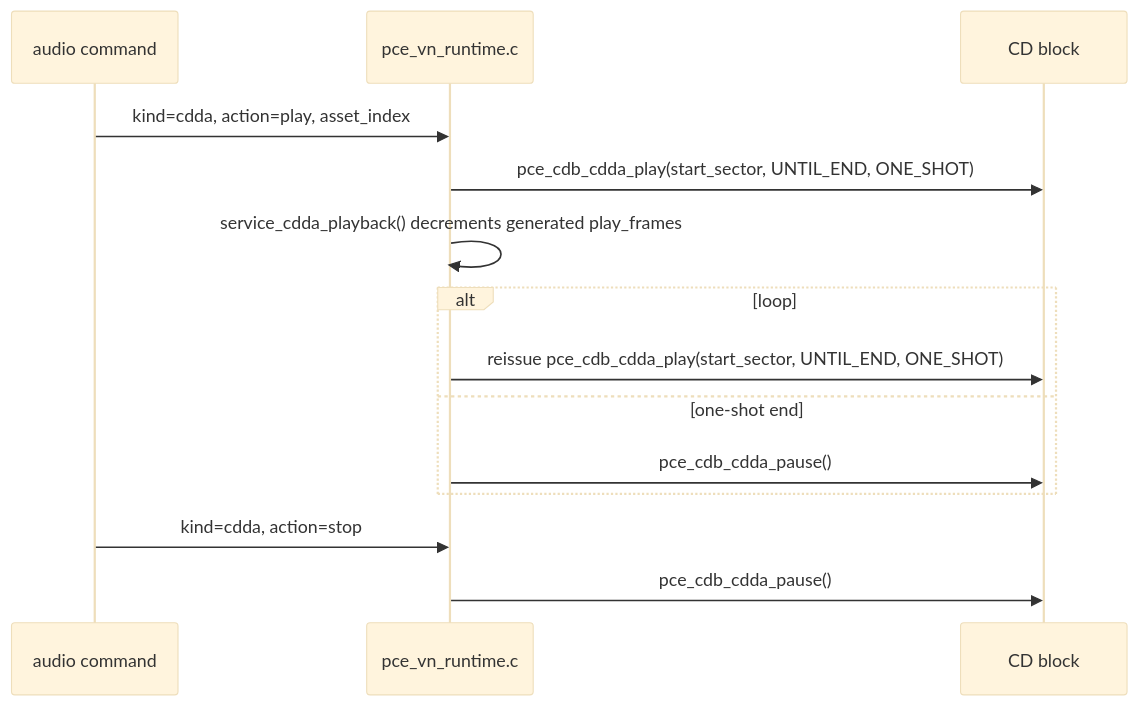
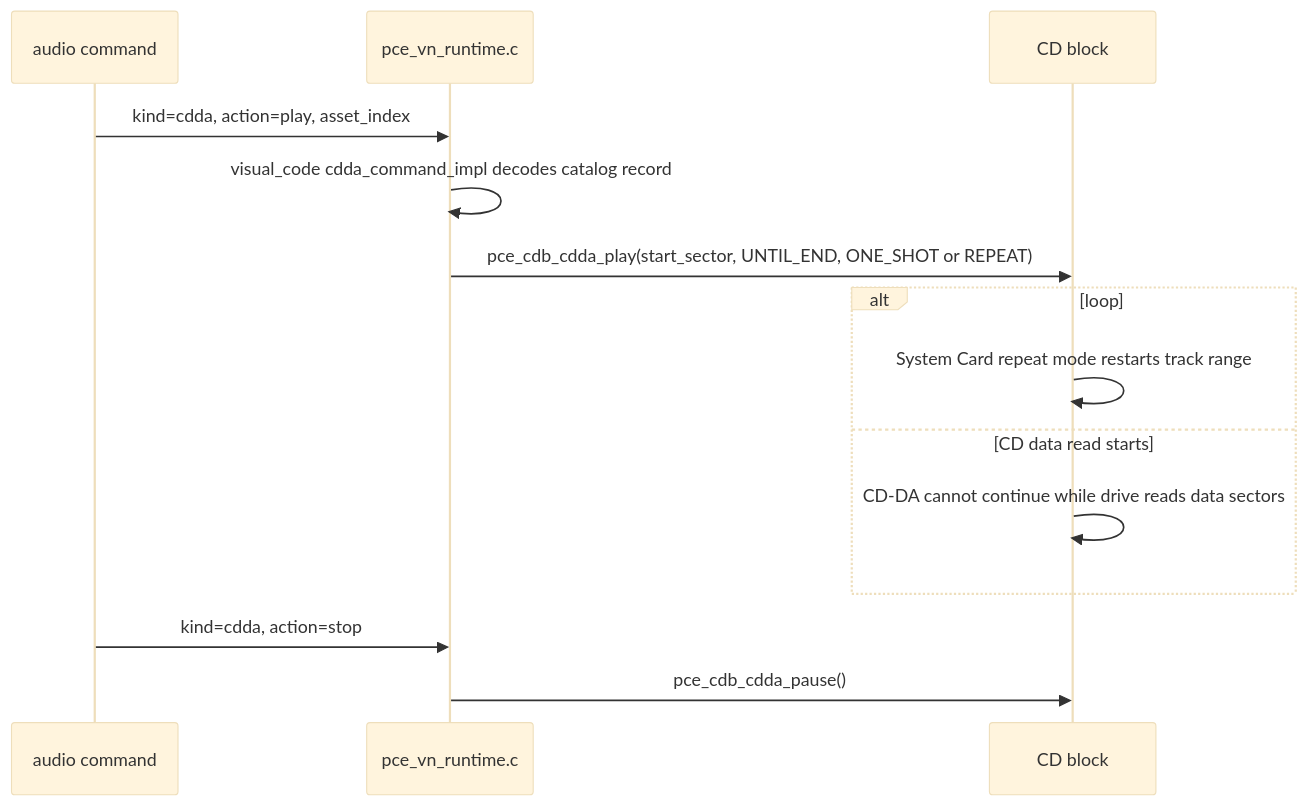
Before and after one commit to HOSSIE-JP/pce-game-editor: the sixth of 6 diagrams in docs/pce-media-programming-guide.md, drawn with Mermaid (base theme). The commit also changed other lines of this file and 31 other files, not shown here.

````diff
--- a/docs/pce-media-programming-guide.md
+++ b/docs/pce-media-programming-guide.md
@@ -741,16 +734,16 @@
 ```mermaid
 sequenceDiagram
   participant Scene as audio command
   participant RT as pce_vn_runtime.c
   participant CDB as CD block
   Scene->>RT: kind=cdda, action=play, asset_index
-  RT->>CDB: pce_cdb_cdda_play(start_sector, UNTIL_END, ONE_SHOT)
-  RT->>RT: service_cdda_playback() decrements generated play_frames
+  RT->>RT: visual_code cdda_command_impl decodes catalog record
+  RT->>CDB: pce_cdb_cdda_play(start_sector, UNTIL_END, ONE_SHOT or REPEAT)
   alt loop
-    RT->>CDB: reissue pce_cdb_cdda_play(start_sector, UNTIL_END, ONE_SHOT)
-  else one-shot end
-    RT->>CDB: pce_cdb_cdda_pause()
+    CDB->>CDB: System Card repeat mode restarts track range
+  else CD data read starts
+    CDB->>CDB: CD-DA cannot continue while drive reads data sectors
   end
   Scene->>RT: kind=cdda, action=stop
   RT->>CDB: pce_cdb_cdda_pause()
 ```
````
